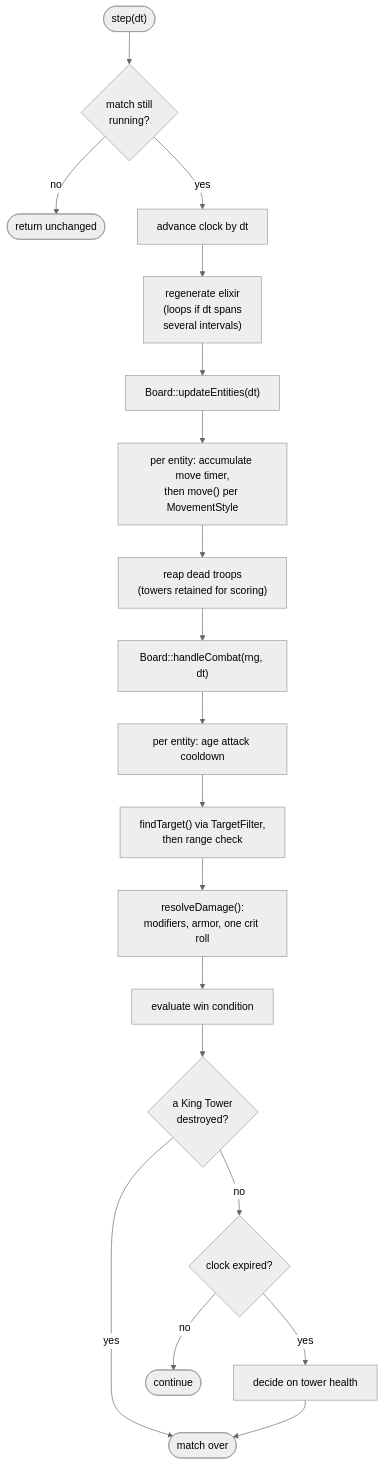
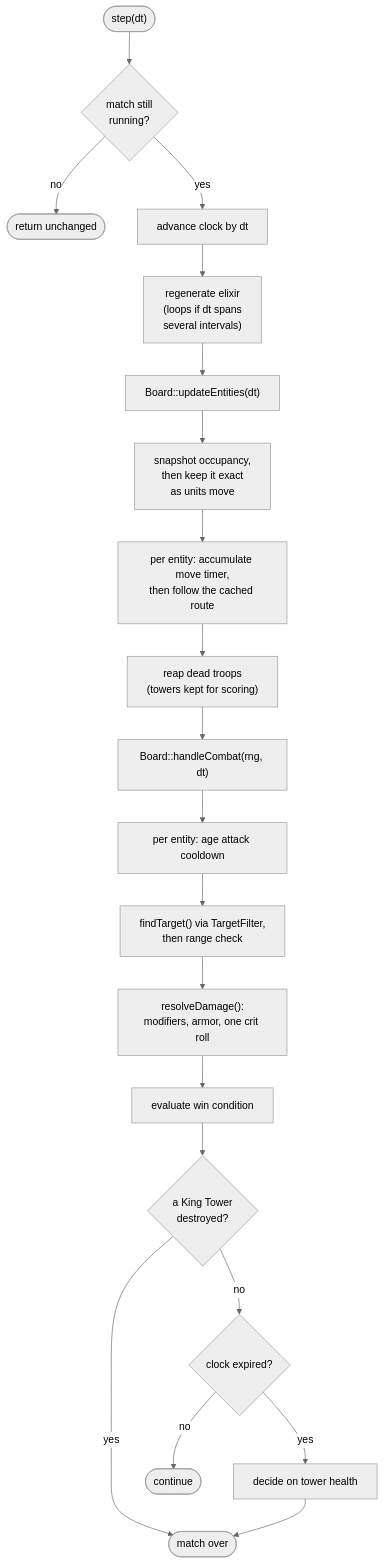
Before and after one commit to kusum-bhattarai/Clash-Royale-Clone: the fourth of 4 diagrams in Architecture_documentation.md, drawn with Mermaid (neutral theme). The commit also changed other lines of this file and 1 other file, not shown here.

First line of the commit message:
Rewrite the README and architecture docs for the current design

````diff
--- a/Architecture_documentation.md
+++ b/Architecture_documentation.md
@@ -223,21 +401,22 @@
 ```mermaid
 flowchart TD
     START(["step(dt)"]) --> RUNNING{"match still<br/>running?"}
     RUNNING -- no --> NOOP(["return unchanged"])
     RUNNING -- yes --> CLOCK["advance clock by dt"]
     CLOCK --> ELIXIR["regenerate elixir<br/>(loops if dt spans<br/>several intervals)"]
     ELIXIR --> ENTITIES["Board::updateEntities(dt)"]
-    ENTITIES --> MOVE["per entity: accumulate move timer,<br/>then move() per MovementStyle"]
-    MOVE --> REAP["reap dead troops<br/>(towers retained for scoring)"]
+    ENTITIES --> OCC["snapshot occupancy,<br/>then keep it exact<br/>as units move"]
+    OCC --> MOVE["per entity: accumulate move timer,<br/>then follow the cached route"]
+    MOVE --> REAP["reap dead troops<br/>(towers kept for scoring)"]
     REAP --> COMBAT["Board::handleCombat(rng, dt)"]
     COMBAT --> COOL["per entity: age attack cooldown"]
     COOL --> TARGET["findTarget() via TargetFilter,<br/>then range check"]
     TARGET --> DMG["resolveDamage():<br/>modifiers, armor, one crit roll"]
     DMG --> WIN["evaluate win condition"]
     WIN --> KING{"a King Tower<br/>destroyed?"}
     KING -- yes --> OVER(["match over"])
     KING -- no --> TIME{"clock expired?"}
     TIME -- yes --> TIEBREAK["decide on tower health"]
     TIEBREAK --> OVER
     TIME -- no --> CONT(["continue"])
 ```
````
